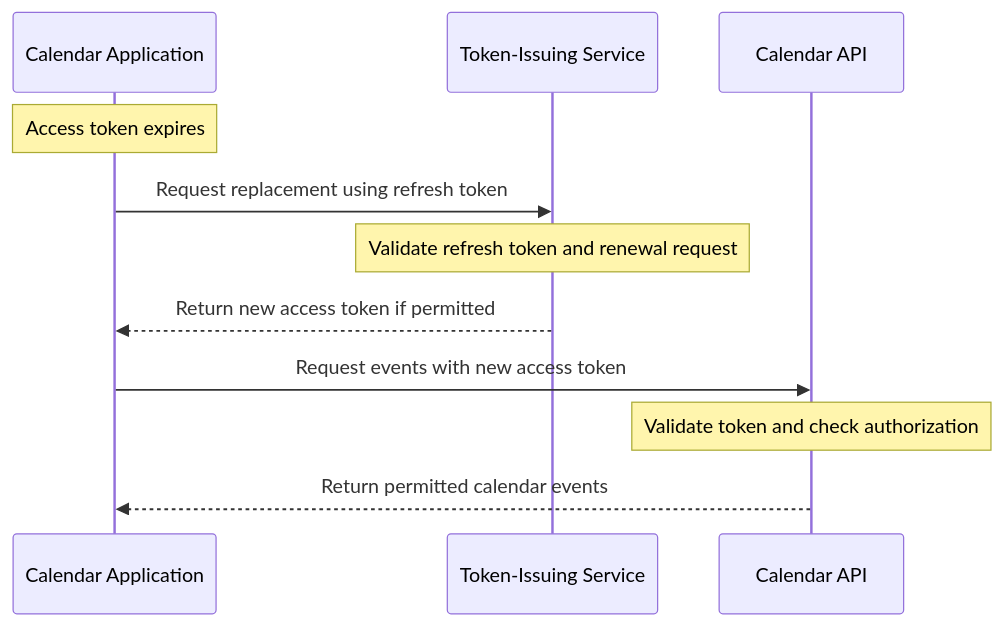
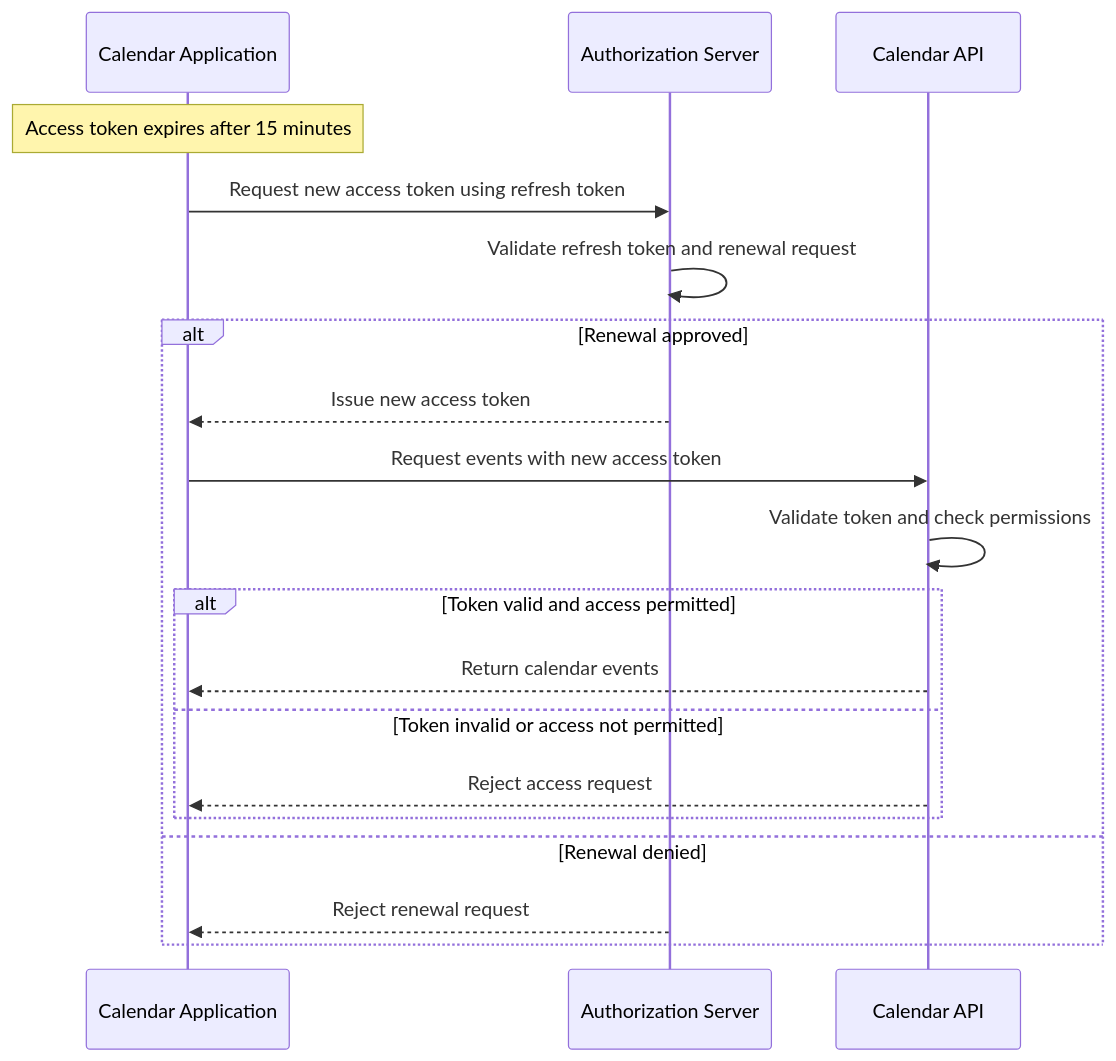
The third of 4 diagrams in docs/en/software_engineering/software_security/security_tokens/token_types/1_level/1_level_token_types.md (Rokiis1/Teaching-Materia), drawn with Mermaid before and after one commit. The commit also changed other lines of this file and 15 other files, not shown here.

````diff
--- a/docs/en/software_engineering/software_security/security_tokens/token_types/1_level/1_level_token_types.md
+++ b/docs/en/software_engineering/software_security/security_tokens/token_types/1_level/1_level_token_types.md
@@ -71,14 +97,24 @@
-```mermaid
+```mermaid id="pt6a4w"
 sequenceDiagram
     participant C as Calendar Application
-    participant T as Token-Issuing Service
+    participant A as Authorization Server
     participant R as Calendar API
 
-    Note over C: Access token expires
-    C->>T: Request replacement using refresh token
-    Note over T: Validate refresh token and renewal request
-    T-->>C: Return new access token if permitted
-    C->>R: Request events with new access token
-    Note over R: Validate token and check authorization
-    R-->>C: Return permitted calendar events
+    Note over C: Access token expires after 15 minutes
+    C->>A: Request new access token using refresh token
+    A->>A: Validate refresh token and renewal request
+
+    alt Renewal approved
+        A-->>C: Issue new access token
+        C->>R: Request events with new access token
+        R->>R: Validate token and check permissions
+
+        alt Token valid and access permitted
+            R-->>C: Return calendar events
+        else Token invalid or access not permitted
+            R-->>C: Reject access request
+        end
+    else Renewal denied
+        A-->>C: Reject renewal request
+    end
 ```
````
